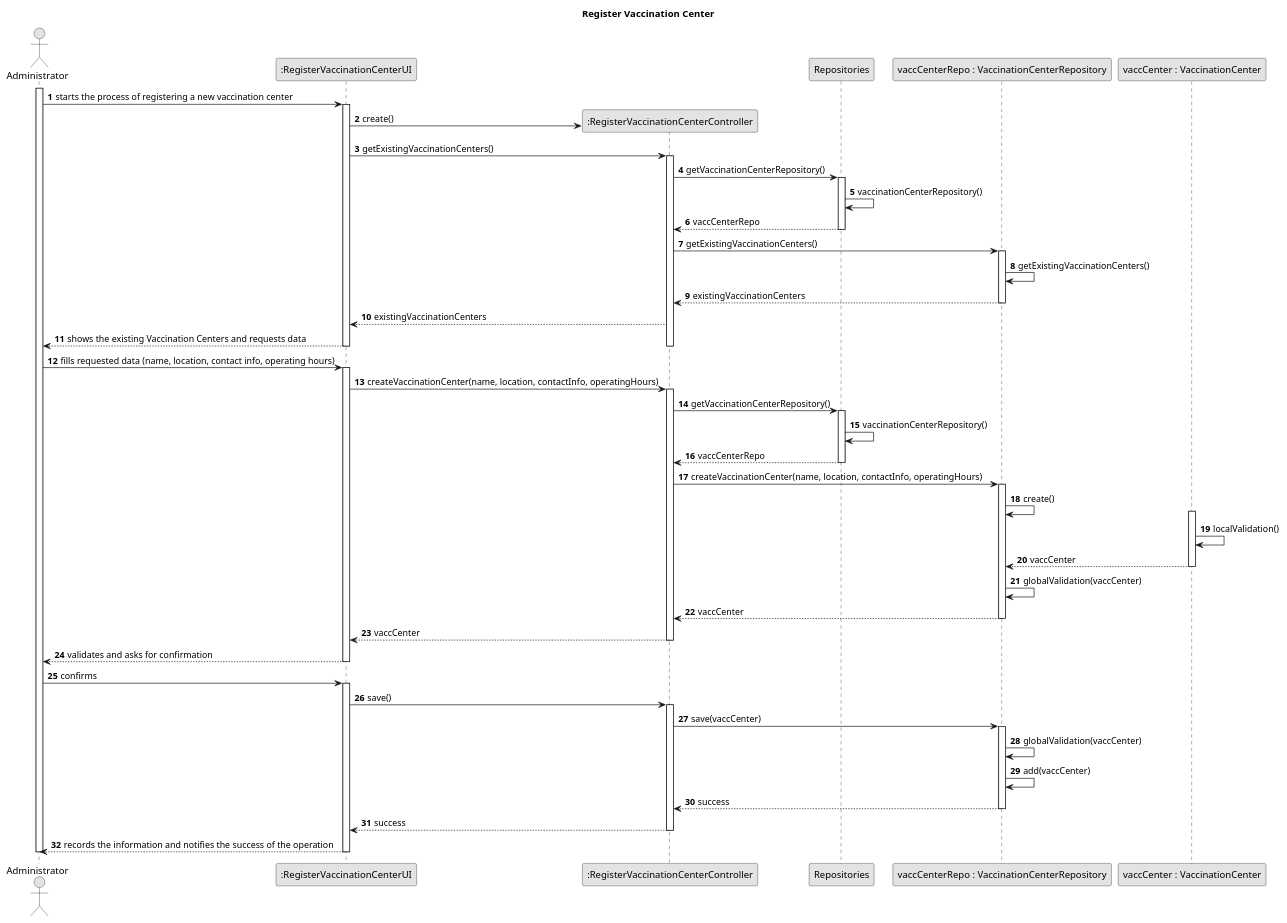
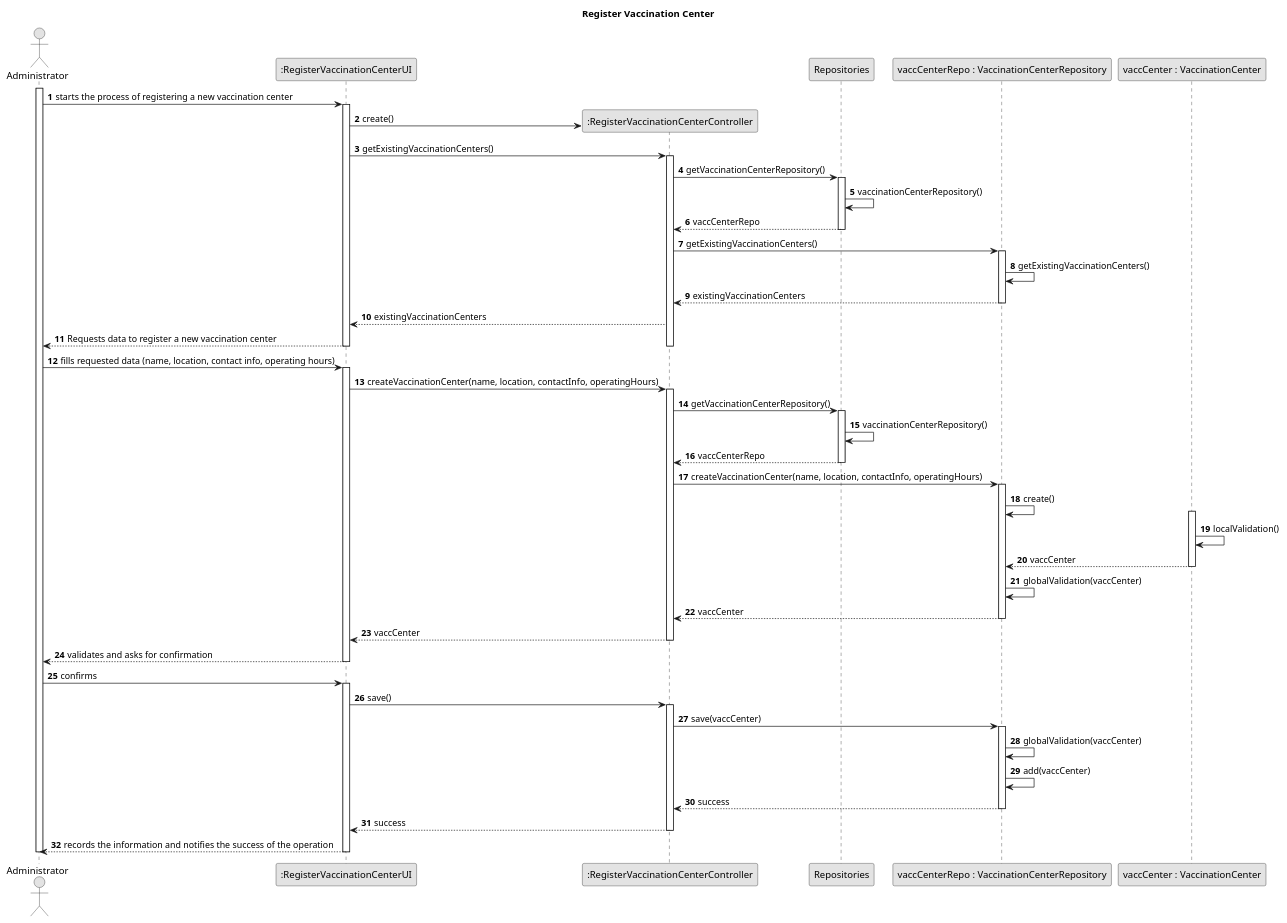
One commit to rafaafig/SnsTrab changed the diagram in sns-base/doc/global/use-cases/UC013/uc013-sd.puml. Above: the diagram before and after it, drawn with PlantUML. The commit also changed 2 other files, not shown here.

```diff
--- a/sns-base/doc/global/use-cases/UC013/uc013-sd.puml
+++ b/sns-base/doc/global/use-cases/UC013/uc013-sd.puml
@@ -1,79 +1,79 @@
 @startuml
 skinparam monochrome true
 skinparam packageStyle rectangle
 skinparam shadowing false
 
 title Register Vaccination Center
 
 autonumber
 
 actor Administrator
 participant ":RegisterVaccinationCenterUI" as ui
 participant ":RegisterVaccinationCenterController" as ctrl
 participant Repositories
 participant "vaccCenterRepo : VaccinationCenterRepository" as vaccCenterRepo
 participant "vaccCenter : VaccinationCenter" as vaccCenter
 
 activate Administrator
 
     Administrator -> ui : starts the process of registering a new vaccination center
     activate ui
         ui -> ctrl** : create()
         ui -> ctrl : getExistingVaccinationCenters()
         activate ctrl
             ctrl -> Repositories : getVaccinationCenterRepository()
             activate Repositories
                 Repositories -> Repositories : vaccinationCenterRepository()
                 Repositories-->ctrl : vaccCenterRepo
             deactivate Repositories
             ctrl -> vaccCenterRepo : getExistingVaccinationCenters()
             activate vaccCenterRepo
                 vaccCenterRepo -> vaccCenterRepo : getExistingVaccinationCenters()
                 vaccCenterRepo --> ctrl : existingVaccinationCenters
             deactivate vaccCenterRepo
             ctrl --> ui : existingVaccinationCenters
-            ui --> Administrator : shows the existing Vaccination Centers and requests data
+            ui --> Administrator : Requests data to register a new vaccination center
         deactivate ctrl
     deactivate ui
 
     Administrator -> ui : fills requested data (name, location, contact info, operating hours)
     activate ui
         ui -> ctrl : createVaccinationCenter(name, location, contactInfo, operatingHours)
         activate ctrl
             ctrl -> Repositories : getVaccinationCenterRepository()
             activate Repositories
                 Repositories -> Repositories : vaccinationCenterRepository()
                 Repositories --> ctrl : vaccCenterRepo
             deactivate Repositories
             ctrl -> vaccCenterRepo : createVaccinationCenter(name, location, contactInfo, operatingHours)
             activate vaccCenterRepo
                 vaccCenterRepo -> vaccCenterRepo : create()
                 activate vaccCenter
                     vaccCenter -> vaccCenter : localValidation()
                     vaccCenter --> vaccCenterRepo : vaccCenter
                 deactivate vaccCenter
                 vaccCenterRepo -> vaccCenterRepo : globalValidation(vaccCenter)
                 vaccCenterRepo --> ctrl : vaccCenter
             deactivate vaccCenterRepo
             ctrl --> ui : vaccCenter
         deactivate ctrl
         ui --> Administrator : validates and asks for confirmation
     deactivate ui
 
     Administrator -> ui : confirms
     activate ui
         ui -> ctrl : save()
         activate ctrl
             ctrl -> vaccCenterRepo : save(vaccCenter)
             activate vaccCenterRepo
                 vaccCenterRepo -> vaccCenterRepo : globalValidation(vaccCenter)
                 vaccCenterRepo -> vaccCenterRepo : add(vaccCenter)
                 vaccCenterRepo --> ctrl : success
             deactivate vaccCenterRepo
             ctrl --> ui : success
         deactivate ctrl
         ui --> Administrator : records the information and notifies the success of the operation
     deactivate ui
 deactivate Administrator
 
 @enduml
```
